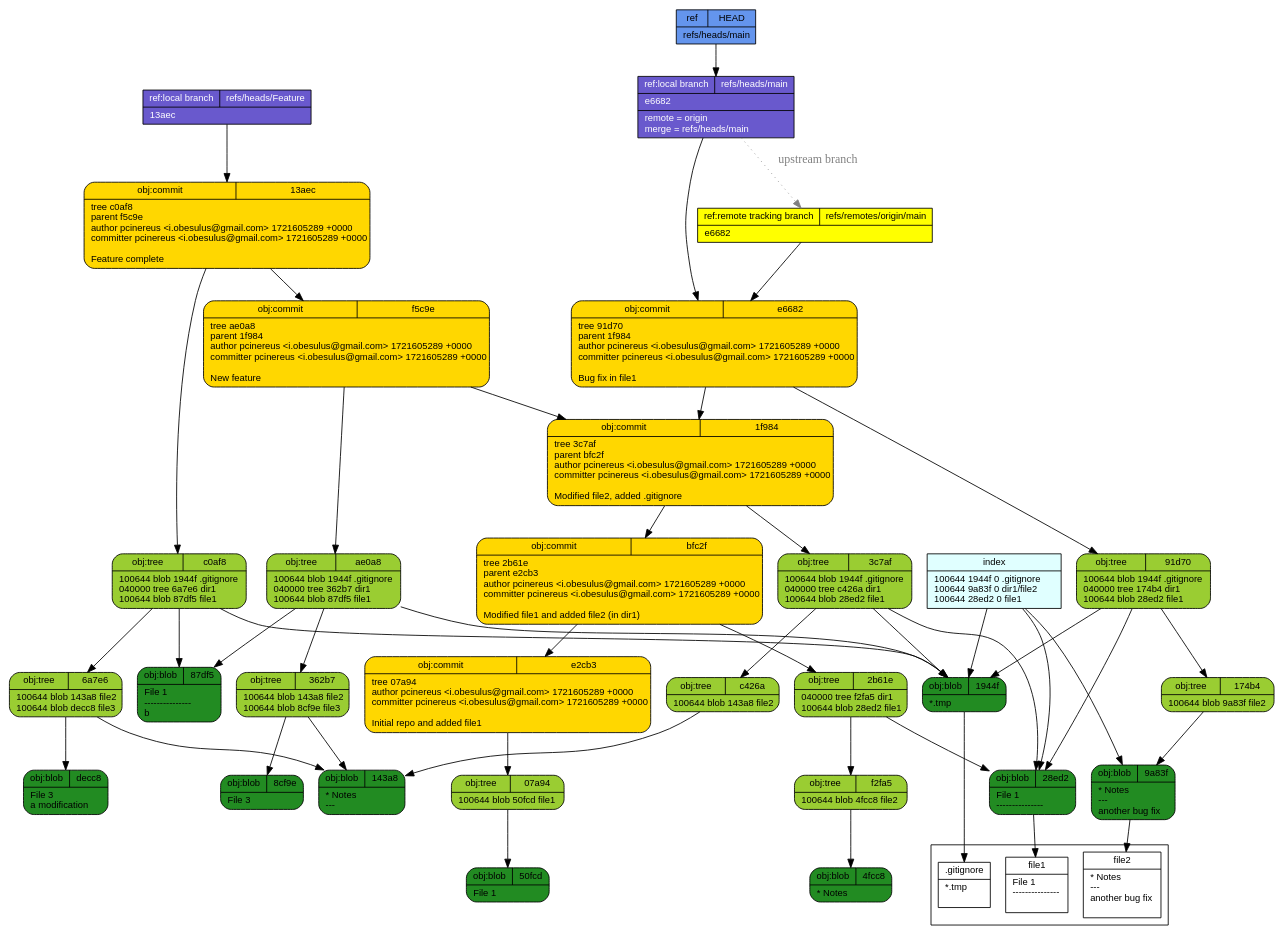
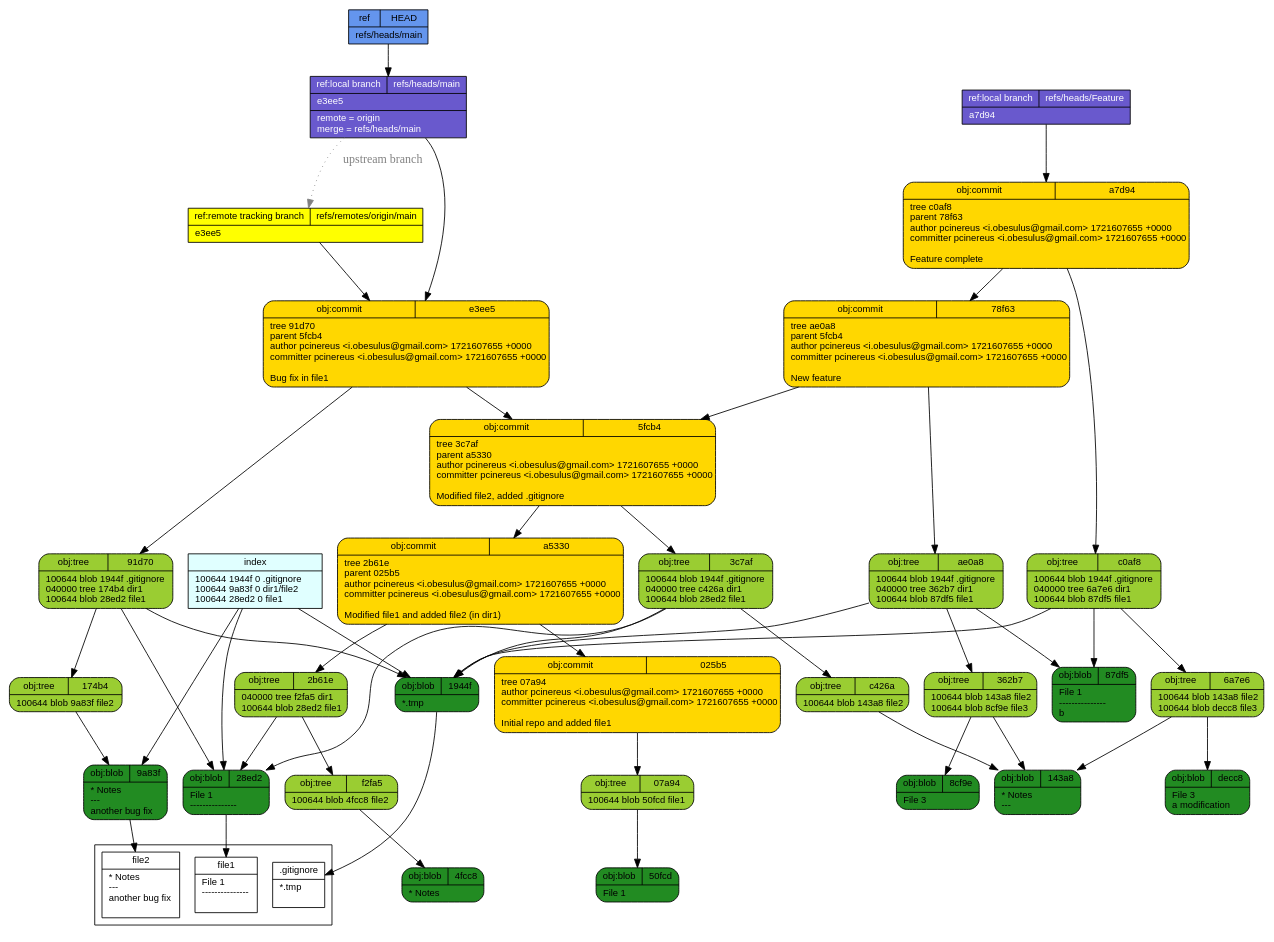
The diagram in tut/git-draw.dot (pcinereus/SUYRs_documents), drawn with Graphviz before and after one commit. The commit also changed 1738 other files, not shown here.

```diff
--- a/tut/git-draw.dot
+++ b/tut/git-draw.dot
@@ -1,57 +1,57 @@
 digraph structs {
   node [shape=record,fontsize=11,fontname="arial"];
   rankdir="TB";
-  _e2cb3 [fillcolor="gold", style="filled,rounded", label="{{obj:commit|e2cb3}|tree\ 07a94\lauthor\ pcinereus\ \<i\.obesulus\@gmail\.com\>\ 1721605289\ \+0000\lcommitter\ pcinereus\ \<i\.obesulus\@gmail\.com\>\ 1721605289\ \+0000\l\lInitial\ repo\ and\ added\ file1\l}"]  _e2cb3 -> _07a94
   _f2fa5 [fillcolor="yellowgreen", style="filled,rounded", label="{{obj:tree|f2fa5}|100644\ blob\ 4fcc8\	file2\l}"]  _f2fa5 -> _4fcc8
+  _5fcb4 [fillcolor="gold", style="filled,rounded", label="{{obj:commit|5fcb4}|tree\ 3c7af\lparent\ a5330\lauthor\ pcinereus\ \<i\.obesulus\@gmail\.com\>\ 1721607655\ \+0000\lcommitter\ pcinereus\ \<i\.obesulus\@gmail\.com\>\ 1721607655\ \+0000\l\lModified\ file2\,\ added\ \.gitignore\l}"]  _5fcb4 -> _3c7af
+  _5fcb4 -> _a5330
   _07a94 [fillcolor="yellowgreen", style="filled,rounded", label="{{obj:tree|07a94}|100644\ blob\ 50fcd\	file1\l}"]  _07a94 -> _50fcd
   _143a8 [fillcolor="forestgreen", style="filled,rounded", label="{{obj:blob|143a8}|\*\ Notes\l\-\-\-\l}"]  _c0af8 [fillcolor="yellowgreen", style="filled,rounded", label="{{obj:tree|c0af8}|100644\ blob\ 1944f\	\.gitignore\l040000\ tree\ 6a7e6\	dir1\l100644\ blob\ 87df5\	file1\l}"]  _c0af8 -> _1944f
   _c0af8 -> _6a7e6
   _c0af8 -> _87df5
-  _f5c9e [fillcolor="gold", style="filled,rounded", label="{{obj:commit|f5c9e}|tree\ ae0a8\lparent\ 1f984\lauthor\ pcinereus\ \<i\.obesulus\@gmail\.com\>\ 1721605289\ \+0000\lcommitter\ pcinereus\ \<i\.obesulus\@gmail\.com\>\ 1721605289\ \+0000\l\lNew\ feature\l}"]  _f5c9e -> _ae0a8
-  _f5c9e -> _1f984
-  _4fcc8 [fillcolor="forestgreen", style="filled,rounded", label="{{obj:blob|4fcc8}|\*\ Notes\l}"]  _e6682 [fillcolor="gold", style="filled,rounded", label="{{obj:commit|e6682}|tree\ 91d70\lparent\ 1f984\lauthor\ pcinereus\ \<i\.obesulus\@gmail\.com\>\ 1721605289\ \+0000\lcommitter\ pcinereus\ \<i\.obesulus\@gmail\.com\>\ 1721605289\ \+0000\l\lBug\ fix\ in\ file1\l}"]  _e6682 -> _91d70
-  _e6682 -> _1f984
-  _13aec [fillcolor="gold", style="filled,rounded", label="{{obj:commit|13aec}|tree\ c0af8\lparent\ f5c9e\lauthor\ pcinereus\ \<i\.obesulus\@gmail\.com\>\ 1721605289\ \+0000\lcommitter\ pcinereus\ \<i\.obesulus\@gmail\.com\>\ 1721605289\ \+0000\l\lFeature\ complete\l}"]  _13aec -> _c0af8
-  _13aec -> _f5c9e
+  _4fcc8 [fillcolor="forestgreen", style="filled,rounded", label="{{obj:blob|4fcc8}|\*\ Notes\l}"]  _e3ee5 [fillcolor="gold", style="filled,rounded", label="{{obj:commit|e3ee5}|tree\ 91d70\lparent\ 5fcb4\lauthor\ pcinereus\ \<i\.obesulus\@gmail\.com\>\ 1721607655\ \+0000\lcommitter\ pcinereus\ \<i\.obesulus\@gmail\.com\>\ 1721607655\ \+0000\l\lBug\ fix\ in\ file1\l}"]  _e3ee5 -> _91d70
+  _e3ee5 -> _5fcb4
   _c426a [fillcolor="yellowgreen", style="filled,rounded", label="{{obj:tree|c426a}|100644\ blob\ 143a8\	file2\l}"]  _c426a -> _143a8
-  _1944f [fillcolor="forestgreen", style="filled,rounded", label="{{obj:blob|1944f}|\*\.tmp\l}"]  _50fcd [fillcolor="forestgreen", style="filled,rounded", label="{{obj:blob|50fcd}|File\ 1\l}"]  _8cf9e [fillcolor="forestgreen", style="filled,rounded", label="{{obj:blob|8cf9e}|File\ 3\l}"]  _91d70 [fillcolor="yellowgreen", style="filled,rounded", label="{{obj:tree|91d70}|100644\ blob\ 1944f\	\.gitignore\l040000\ tree\ 174b4\	dir1\l100644\ blob\ 28ed2\	file1\l}"]  _91d70 -> _1944f
+  _1944f [fillcolor="forestgreen", style="filled,rounded", label="{{obj:blob|1944f}|\*\.tmp\l}"]  _50fcd [fillcolor="forestgreen", style="filled,rounded", label="{{obj:blob|50fcd}|File\ 1\l}"]  _a7d94 [fillcolor="gold", style="filled,rounded", label="{{obj:commit|a7d94}|tree\ c0af8\lparent\ 78f63\lauthor\ pcinereus\ \<i\.obesulus\@gmail\.com\>\ 1721607655\ \+0000\lcommitter\ pcinereus\ \<i\.obesulus\@gmail\.com\>\ 1721607655\ \+0000\l\lFeature\ complete\l}"]  _a7d94 -> _c0af8
+  _a7d94 -> _78f63
+  _025b5 [fillcolor="gold", style="filled,rounded", label="{{obj:commit|025b5}|tree\ 07a94\lauthor\ pcinereus\ \<i\.obesulus\@gmail\.com\>\ 1721607655\ \+0000\lcommitter\ pcinereus\ \<i\.obesulus\@gmail\.com\>\ 1721607655\ \+0000\l\lInitial\ repo\ and\ added\ file1\l}"]  _025b5 -> _07a94
+  _8cf9e [fillcolor="forestgreen", style="filled,rounded", label="{{obj:blob|8cf9e}|File\ 3\l}"]  _91d70 [fillcolor="yellowgreen", style="filled,rounded", label="{{obj:tree|91d70}|100644\ blob\ 1944f\	\.gitignore\l040000\ tree\ 174b4\	dir1\l100644\ blob\ 28ed2\	file1\l}"]  _91d70 -> _1944f
   _91d70 -> _174b4
   _91d70 -> _28ed2
-  _9a83f [fillcolor="forestgreen", style="filled,rounded", label="{{obj:blob|9a83f}|\*\ Notes\l\-\-\-\l\ another\ bug\ fix\l}"]  _bfc2f [fillcolor="gold", style="filled,rounded", label="{{obj:commit|bfc2f}|tree\ 2b61e\lparent\ e2cb3\lauthor\ pcinereus\ \<i\.obesulus\@gmail\.com\>\ 1721605289\ \+0000\lcommitter\ pcinereus\ \<i\.obesulus\@gmail\.com\>\ 1721605289\ \+0000\l\lModified\ file1\ and\ added\ file2\ \(in\ dir1\)\l}"]  _bfc2f -> _2b61e
-  _bfc2f -> _e2cb3
-  _ae0a8 [fillcolor="yellowgreen", style="filled,rounded", label="{{obj:tree|ae0a8}|100644\ blob\ 1944f\	\.gitignore\l040000\ tree\ 362b7\	dir1\l100644\ blob\ 87df5\	file1\l}"]  _ae0a8 -> _1944f
+  _78f63 [fillcolor="gold", style="filled,rounded", label="{{obj:commit|78f63}|tree\ ae0a8\lparent\ 5fcb4\lauthor\ pcinereus\ \<i\.obesulus\@gmail\.com\>\ 1721607655\ \+0000\lcommitter\ pcinereus\ \<i\.obesulus\@gmail\.com\>\ 1721607655\ \+0000\l\lNew\ feature\l}"]  _78f63 -> _ae0a8
+  _78f63 -> _5fcb4
+  _a5330 [fillcolor="gold", style="filled,rounded", label="{{obj:commit|a5330}|tree\ 2b61e\lparent\ 025b5\lauthor\ pcinereus\ \<i\.obesulus\@gmail\.com\>\ 1721607655\ \+0000\lcommitter\ pcinereus\ \<i\.obesulus\@gmail\.com\>\ 1721607655\ \+0000\l\lModified\ file1\ and\ added\ file2\ \(in\ dir1\)\l}"]  _a5330 -> _2b61e
+  _a5330 -> _025b5
+  _9a83f [fillcolor="forestgreen", style="filled,rounded", label="{{obj:blob|9a83f}|\*\ Notes\l\-\-\-\l\ another\ bug\ fix\l}"]  _ae0a8 [fillcolor="yellowgreen", style="filled,rounded", label="{{obj:tree|ae0a8}|100644\ blob\ 1944f\	\.gitignore\l040000\ tree\ 362b7\	dir1\l100644\ blob\ 87df5\	file1\l}"]  _ae0a8 -> _1944f
   _ae0a8 -> _362b7
   _ae0a8 -> _87df5
-  _1f984 [fillcolor="gold", style="filled,rounded", label="{{obj:commit|1f984}|tree\ 3c7af\lparent\ bfc2f\lauthor\ pcinereus\ \<i\.obesulus\@gmail\.com\>\ 1721605289\ \+0000\lcommitter\ pcinereus\ \<i\.obesulus\@gmail\.com\>\ 1721605289\ \+0000\l\lModified\ file2\,\ added\ \.gitignore\l}"]  _1f984 -> _3c7af
-  _1f984 -> _bfc2f
   _2b61e [fillcolor="yellowgreen", style="filled,rounded", label="{{obj:tree|2b61e}|040000\ tree\ f2fa5\	dir1\l100644\ blob\ 28ed2\	file1\l}"]  _2b61e -> _f2fa5
   _2b61e -> _28ed2
   _87df5 [fillcolor="forestgreen", style="filled,rounded", label="{{obj:blob|87df5}|File\ 1\l\-\-\-\-\-\-\-\-\-\-\-\-\-\-\-\lb\l}"]  _362b7 [fillcolor="yellowgreen", style="filled,rounded", label="{{obj:tree|362b7}|100644\ blob\ 143a8\	file2\l100644\ blob\ 8cf9e\	file3\l}"]  _362b7 -> _143a8
   _362b7 -> _8cf9e
   _3c7af [fillcolor="yellowgreen", style="filled,rounded", label="{{obj:tree|3c7af}|100644\ blob\ 1944f\	\.gitignore\l040000\ tree\ c426a\	dir1\l100644\ blob\ 28ed2\	file1\l}"]  _3c7af -> _1944f
   _3c7af -> _c426a
   _3c7af -> _28ed2
   _28ed2 [fillcolor="forestgreen", style="filled,rounded", label="{{obj:blob|28ed2}|File\ 1\l\-\-\-\-\-\-\-\-\-\-\-\-\-\-\-\l}"]  _6a7e6 [fillcolor="yellowgreen", style="filled,rounded", label="{{obj:tree|6a7e6}|100644\ blob\ 143a8\	file2\l100644\ blob\ decc8\	file3\l}"]  _6a7e6 -> _143a8
   _6a7e6 -> _decc8
   _174b4 [fillcolor="yellowgreen", style="filled,rounded", label="{{obj:tree|174b4}|100644\ blob\ 9a83f\	file2\l}"]  _174b4 -> _9a83f
-  _decc8 [fillcolor="forestgreen", style="filled,rounded", label="{{obj:blob|decc8}|File\ 3\l\ a\ modification\l}"]  _refs___heads___Feature [style=filled, fillcolor=slateblue3, fontcolor = white,  label="{{ref:local branch|refs\/heads\/Feature}|13aec\l}"]
-  _refs___heads___Feature -> _13aec
+  _decc8 [fillcolor="forestgreen", style="filled,rounded", label="{{obj:blob|decc8}|File\ 3\l\ a\ modification\l}"]  _refs___heads___Feature [style=filled, fillcolor=slateblue3, fontcolor = white,  label="{{ref:local branch|refs\/heads\/Feature}|a7d94\l}"]
+  _refs___heads___Feature -> _a7d94
   _refs___heads___main -> _refs___remotes___origin___main [style=dotted, color=gray, fontcolor=gray, label="upstream branch"]
-  _refs___heads___main [style=filled, fillcolor=slateblue3, fontcolor = white,  label="{{ref:local branch|refs\/heads\/main}|e6682\l|remote\ \=\ origin\lmerge\ \=\ refs\/heads\/main\l}"]
-  _refs___heads___main -> _e6682
-  _refs___remotes___origin___main [style=filled, fillcolor=yellow, fontcolor = black,  label="{{ref:remote tracking branch|refs\/remotes\/origin\/main}|e6682\l}"]
-  _refs___remotes___origin___main -> _e6682
+  _refs___heads___main [style=filled, fillcolor=slateblue3, fontcolor = white,  label="{{ref:local branch|refs\/heads\/main}|e3ee5\l|remote\ \=\ origin\lmerge\ \=\ refs\/heads\/main\l}"]
+  _refs___heads___main -> _e3ee5
+  _refs___remotes___origin___main [style=filled, fillcolor=yellow, fontcolor = black,  label="{{ref:remote tracking branch|refs\/remotes\/origin\/main}|e3ee5\l}"]
+  _refs___remotes___origin___main -> _e3ee5
   _HEAD [style=filled, fillcolor=cornflowerblue, fontcolor=black,  label="{{ref|HEAD}|refs\/heads\/main\l}"]
   _HEAD -> _refs___heads___main
   index -> _1944f
   index -> _9a83f
   index -> _28ed2
   index [style=filled, fillcolor=lightcyan, label="{{index}|100644\ 1944f\ 0\	\.gitignore\l100644\ 9a83f\ 0\	dir1\/file2\l100644\ 28ed2\ 0\	file1\l}"]
 subgraph cluster_1 {rank=sink  _gitignore [fillcolor="white", label="{{.gitignore}|*.tmp\l\l}"] 
   _file2 [fillcolor="white", label="{{file2}|* Notes\l---\l another bug fix\l\l}"] 
   _file1 [fillcolor="white", label="{{file1}|File 1\l---------------\l\l}"] 
 }
  _1944f -> _gitignore
  _9a83f -> _file2
  _28ed2 -> _file1
 }
```
